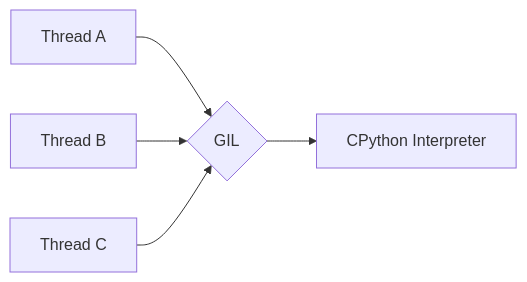
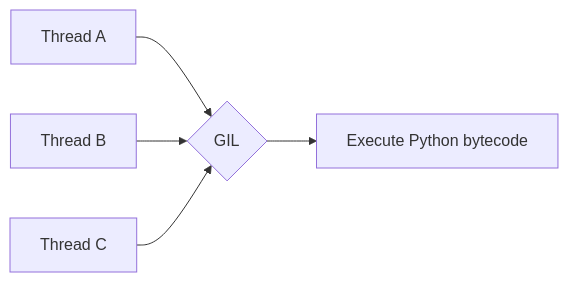
The first of 3 diagrams in src/content/python/gil.md (AvadhBhalodiya/Interview-Preparation), drawn with Mermaid before and after one commit. The commit also changed other lines of this file and 80 other files, not shown here.

````diff
--- a/src/content/python/gil.md
+++ b/src/content/python/gil.md
@@ -23,8 +55,7 @@
 ```mermaid
 flowchart LR
-    A[Thread A] --> G{GIL}
-    B[Thread B] --> G
-    C[Thread C] --> G
-
-    G --> P[CPython Interpreter]
+    T1[Thread A] --> G{GIL}
+    T2[Thread B] --> G
+    T3[Thread C] --> G
+    G --> P[Execute Python bytecode]
 ```
````
